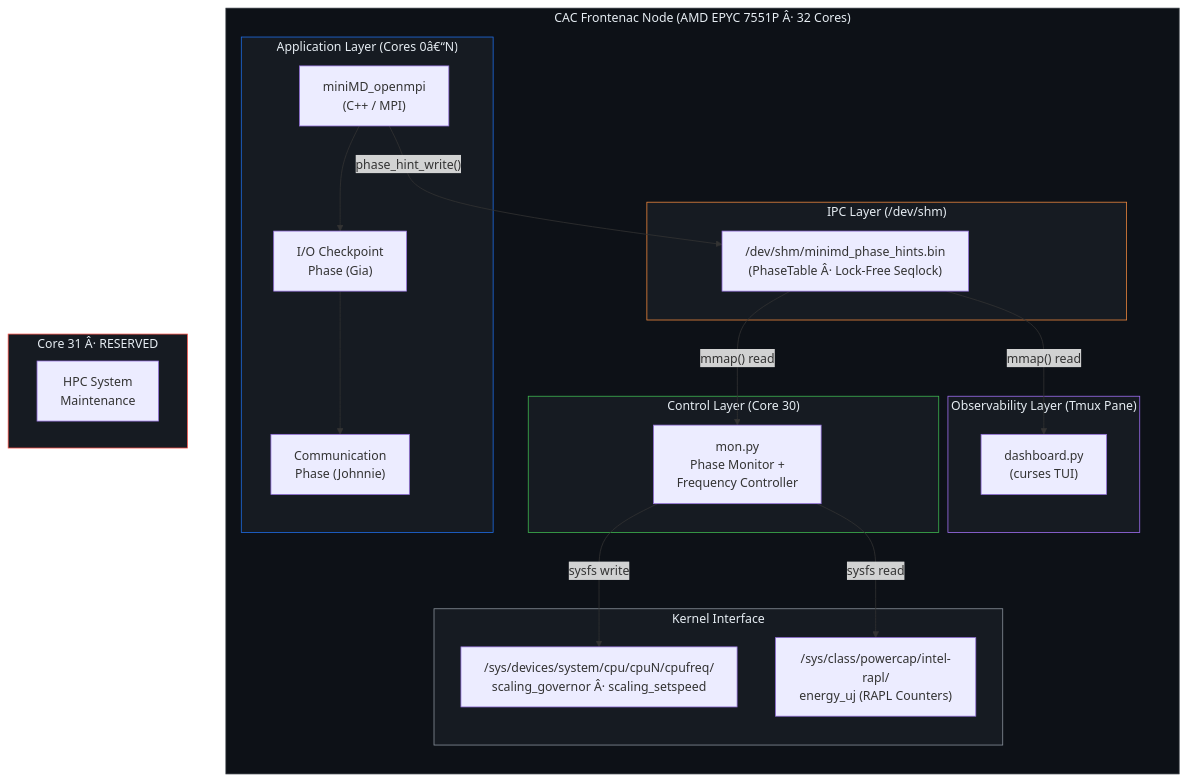
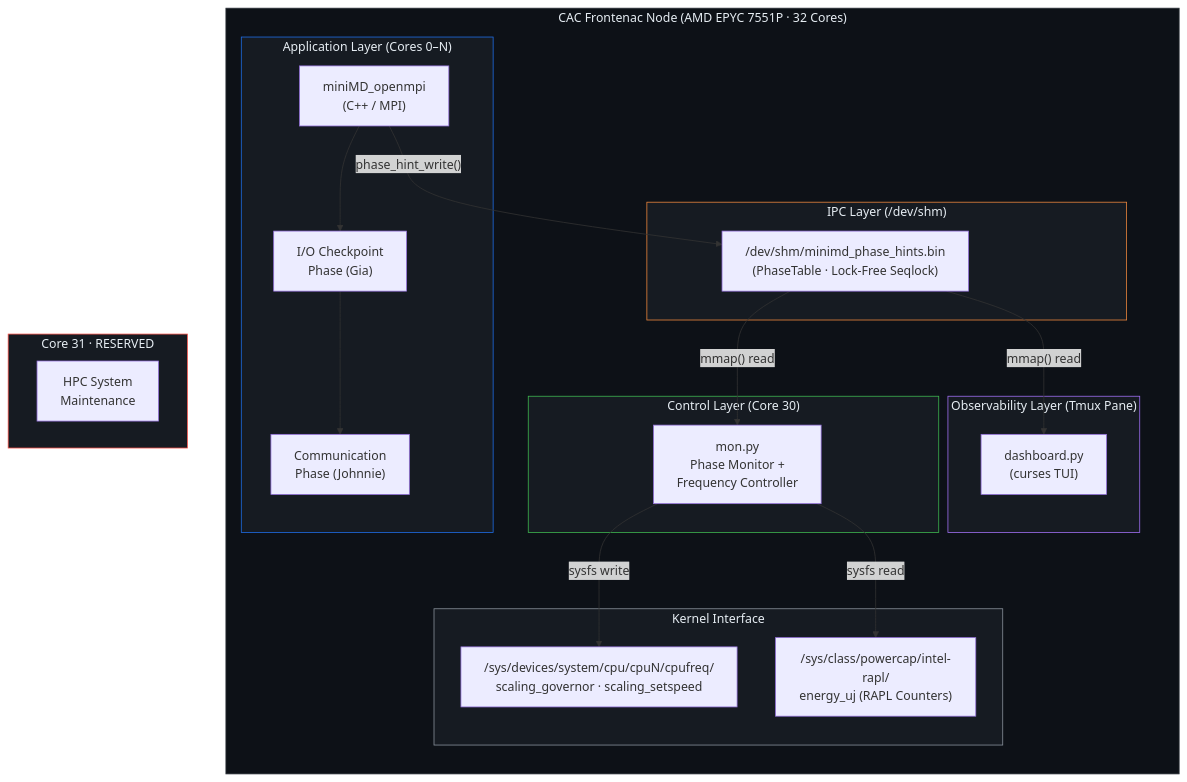
Before and after one commit to johnnietse/elec-498-group-30-2025-2026-proxy-app: the first of 10 diagrams in MASTER_ARCHITECTURE.md, drawn with Mermaid. The commit also changed other lines of this file, not shown here.

Commit message:
fix: resolve mojibake text corruption in MASTER_ARCHITECTURE.md

````diff
--- a/MASTER_ARCHITECTURE.md
+++ b/MASTER_ARCHITECTURE.md
@@ -33,48 +33,48 @@
 ```mermaid
 flowchart TB
-    subgraph HPC_Node["CAC Frontenac Node (AMD EPYC 7551P Â· 32 Cores)"]
+    subgraph HPC_Node["CAC Frontenac Node (AMD EPYC 7551P · 32 Cores)"]
         direction TB
         
-        subgraph AppLayer["Application Layer (Cores 0â€“N)"]
+        subgraph AppLayer["Application Layer (Cores 0–N)"]
             miniMD["miniMD_openmpi<br/>(C++ / MPI)"]
             IO["I/O Checkpoint<br/>Phase (Gia)"]
             COMM["Communication<br/>Phase (Johnnie)"]
             miniMD --> IO --> COMM
         end
 
         subgraph IPCLayer["IPC Layer (/dev/shm)"]
-            SHM["/dev/shm/minimd_phase_hints.bin<br/>(PhaseTable Â· Lock-Free Seqlock)"]
+            SHM["/dev/shm/minimd_phase_hints.bin<br/>(PhaseTable · Lock-Free Seqlock)"]
         end
 
         subgraph ControlLayer["Control Layer (Core 30)"]
             MON["mon.py<br/>Phase Monitor +<br/>Frequency Controller"]
         end
 
         subgraph KernelLayer["Kernel Interface"]
-            SYSFS["/sys/devices/system/cpu/cpuN/cpufreq/<br/>scaling_governor Â· scaling_setspeed"]
+            SYSFS["/sys/devices/system/cpu/cpuN/cpufreq/<br/>scaling_governor · scaling_setspeed"]
             RAPL["/sys/class/powercap/intel-rapl/<br/>energy_uj (RAPL Counters)"]
         end
 
         subgraph ObsLayer["Observability Layer (Tmux Pane)"]
             DASH["dashboard.py<br/>(curses TUI)"]
         end
 
         miniMD -->|"phase_hint_write()"| SHM
         SHM -->|"mmap() read"| MON
         SHM -->|"mmap() read"| DASH
         MON -->|"sysfs write"| SYSFS
         MON -->|"sysfs read"| RAPL
     end
 
-    subgraph Reserved["Core 31 Â· RESERVED"]
+    subgraph Reserved["Core 31 · RESERVED"]
         HPC_MAINT["HPC System<br/>Maintenance"]
     end
 
     style HPC_Node fill:#0d1117,stroke:#30363d,color:#e6edf3
     style AppLayer fill:#161b22,stroke:#1f6feb,color:#e6edf3
     style IPCLayer fill:#161b22,stroke:#f0883e,color:#e6edf3
     style ControlLayer fill:#161b22,stroke:#3fb950,color:#e6edf3
     style KernelLayer fill:#161b22,stroke:#8b949e,color:#e6edf3
     style ObsLayer fill:#161b22,stroke:#a371f7,color:#e6edf3
     style Reserved fill:#161b22,stroke:#f85149,color:#e6edf3
 ```
````
